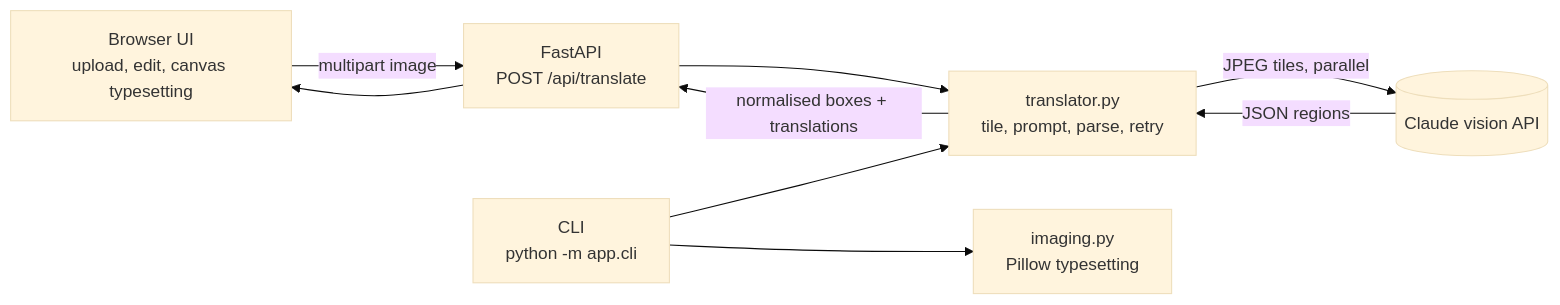
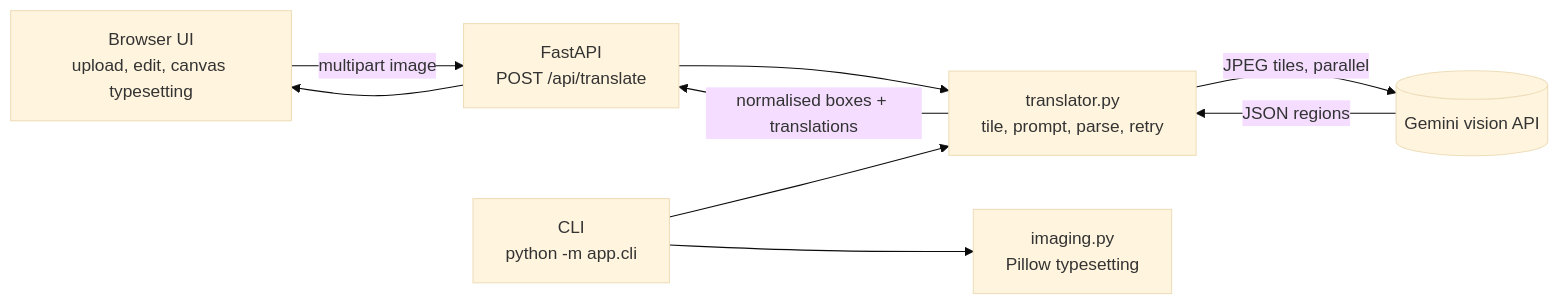
The diagram in README.md (Rachit2-7/Manhwa-Translator), drawn with Mermaid (base theme) before and after one commit. The commit also changed other lines of this file, not shown here.

````diff
--- a/README.md
+++ b/README.md
@@ -35,11 +25,11 @@
 ```mermaid
 flowchart LR
     UI[Browser UI<br/>upload, edit, canvas typesetting] -->|multipart image| API[FastAPI<br/>POST /api/translate]
     CLI[CLI<br/>python -m app.cli] --> T
     API --> T[translator.py<br/>tile, prompt, parse, retry]
-    T -->|JPEG tiles, parallel| LLM[(Claude vision API)]
+    T -->|JPEG tiles, parallel| LLM[(Gemini vision API)]
     LLM -->|JSON regions| T
     T -->|normalised boxes + translations| API
     API --> UI
     CLI --> R[imaging.py<br/>Pillow typesetting]
 ```
````
